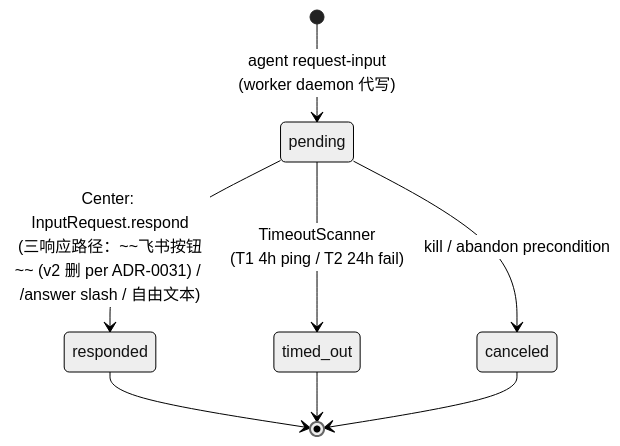
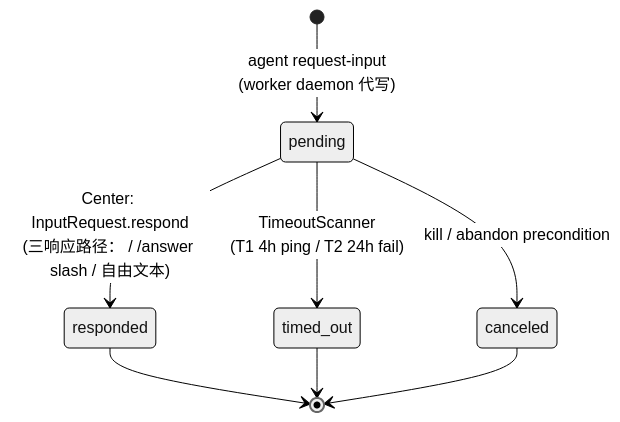
One commit to oopslink/agent-center changed the diagram in docs/design/retired/task-runtime/03-input-request.md. Above: the diagram before and after it, drawn with Mermaid (neutral theme). The commit also changed other lines of this file and 32 other files, not shown here.

````diff
--- a/docs/design/retired/task-runtime/03-input-request.md
+++ b/docs/design/retired/task-runtime/03-input-request.md
@@ -48,10 +48,10 @@
 ```mermaid
 stateDiagram-v2
     [*] --> pending: agent request-input<br/>(worker daemon 代写)
-    pending --> responded: Center: InputRequest.respond<br/>(三响应路径：~~飞书按钮~~ (v2 删 per ADR-0031) / /answer slash / 自由文本)
+ pending --> responded: Center: InputRequest.respond<br/>(三响应路径： / /answer slash / 自由文本)
     pending --> timed_out: TimeoutScanner<br/>(T1 4h ping / T2 24h fail)
     pending --> canceled: kill / abandon precondition
     responded --> [*]
     timed_out --> [*]
     canceled --> [*]
 ```
````
